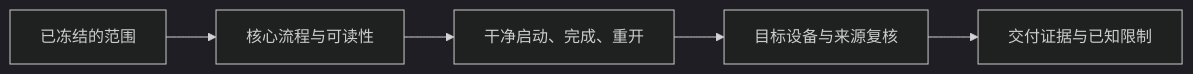
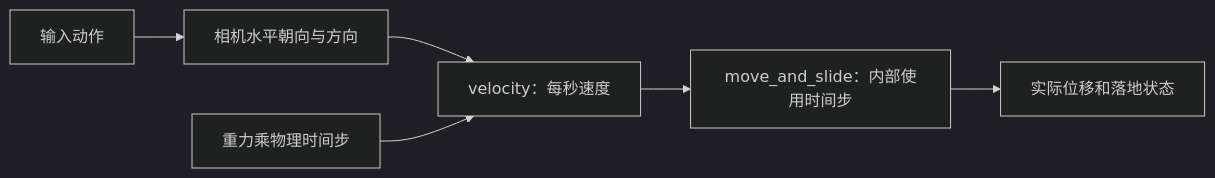
The diagram in curriculum/dialogues/A06.md (Zilur/ai-3d-game-learning), drawn with Mermaid (dark theme) before and after one commit. The commit also changed other lines of this file and 314 other files, not shown here.

````diff
--- a/curriculum/dialogues/A06.md
+++ b/curriculum/dialogues/A06.md
@@ -25,7 +27,8 @@
 ```mermaid
 flowchart LR
- S["已冻结的范围"] --> C["核心流程与可读性"]
- C --> T["干净启动、完成、重开"]
- T --> P["目标设备与来源复核"]
- P --> V["交付证据与已知限制"]
+ I["输入动作"] --> D["相机水平朝向与方向"]
+ D --> V["velocity：每秒速度"]
+ G["重力乘物理时间步"] --> V
+ V --> M["move_and_slide：内部使用时间步"]
+ M --> C["实际位移和落地状态"]
 ```
````
